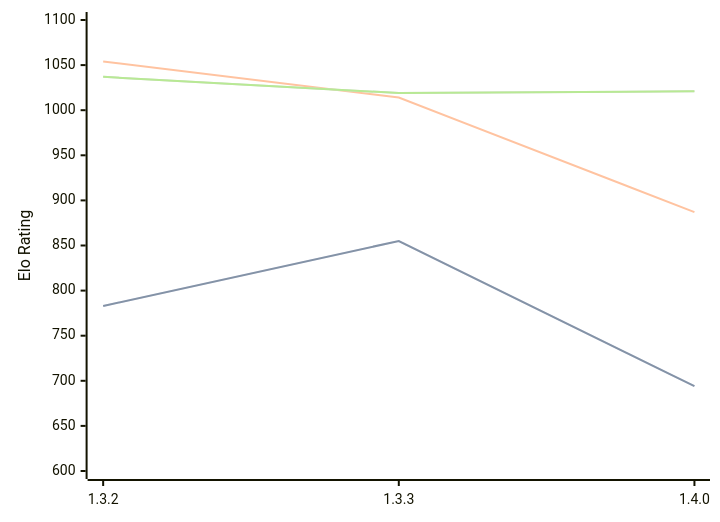
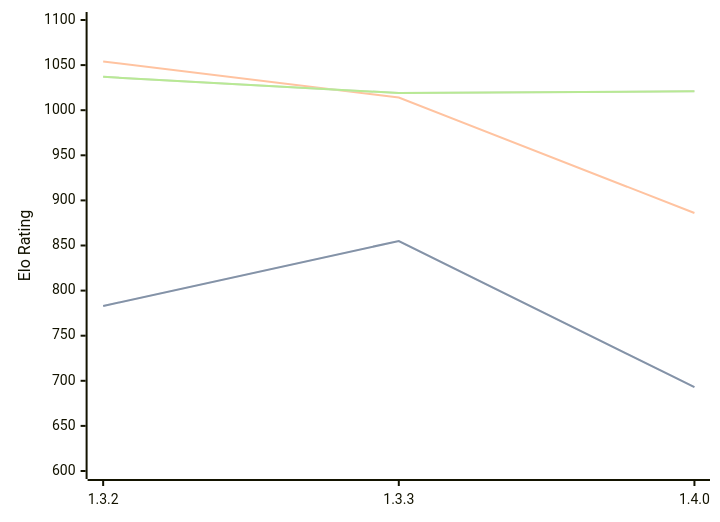
Before and after one commit to computer-chess-index/cci: the diagram in engines/Whitespine.md, drawn with Mermaid. The commit also changed other lines of this file, not shown here.

````diff
--- a/engines/Whitespine.md
+++ b/engines/Whitespine.md
@@ -33,11 +33,11 @@
 ```mermaid
 %%{init: {"theme":"base","themeVariables":{"seriesColors:['#a3a3a3','#222221','#faa371']}}}%%
 xychart-beta
   x-axis ["1.3.2", "1.3.3", "1.4.0"]
   y-axis "Elo Rating" 600 --> 1100
-  line "STC (8.0+0.08s)" [783, 855, 694]
-  line "STC (8.0+0.08s)" [783, 855, 694]
-  line "LTC (60.0+0.60s)" [1054, 1014, 887]
+  line "STC (8.0+0.08s)" [783, 855, 693]
+  line "STC (8.0+0.08s)" [783, 855, 693]
+  line "LTC (60.0+0.60s)" [1054, 1014, 886]
   line "VLTC (2m24s+1.12s)" [1037, 1019, 1021]
   line "VLTC (2m24s+1.12s)" [1037, 1019, 1021]
 ```
````
